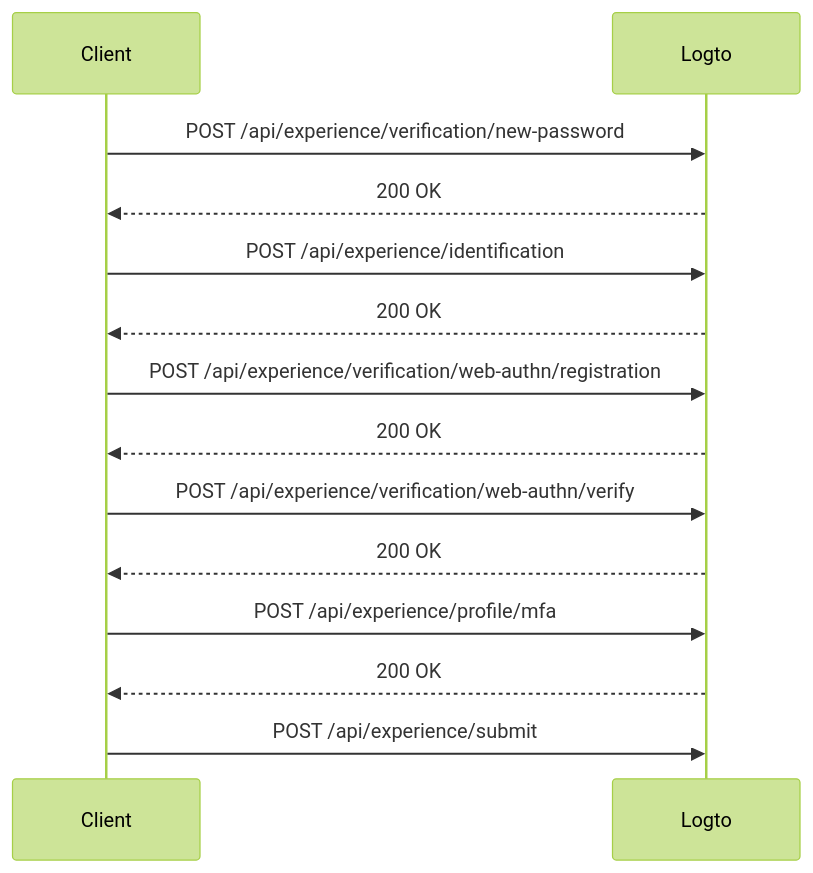
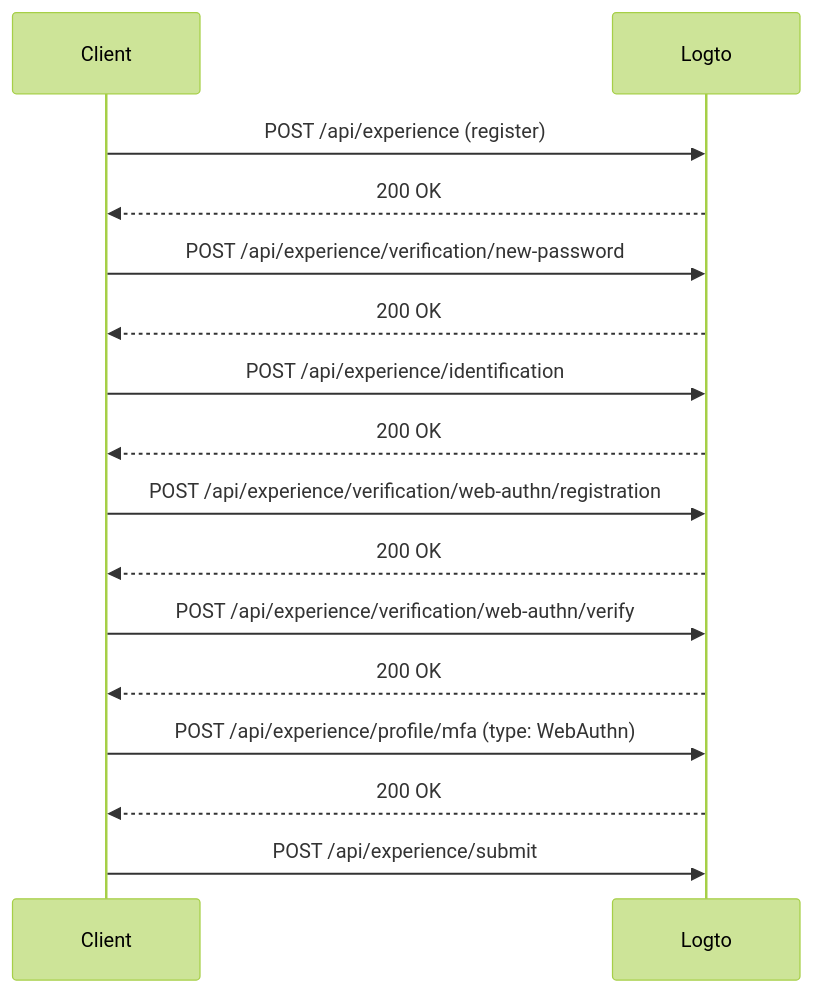
Diagram 15 of 17 in draft/0004-experience-api.md (logto-io/rfcs), drawn with Mermaid (forest theme) before and after one commit. The commit also changed other lines of this file, not shown here.

First line of the commit message:
refactor: update the experience API.

````diff
--- a/draft/0004-experience-api.md
+++ b/draft/0004-experience-api.md
@@ -869,17 +941,19 @@
 ```mermaid
 sequenceDiagram
     participant C as Client
     participant L as Logto
 
+    C->>L: POST /api/experience (register)
+    L-->>C: 200 OK
     C->>L: POST /api/experience/verification/new-password
     L-->>C: 200 OK
     C->>L: POST /api/experience/identification
     L-->>C: 200 OK
     C->>L: POST /api/experience/verification/web-authn/registration
     L-->>C: 200 OK
     C->>L: POST /api/experience/verification/web-authn/verify
     L-->>C: 200 OK
-    C->>L: POST /api/experience/profile/mfa
+    C->>L: POST /api/experience/profile/mfa (type: WebAuthn)
     L-->>C: 200 OK
     C->>L: POST /api/experience/submit
 ```
````
